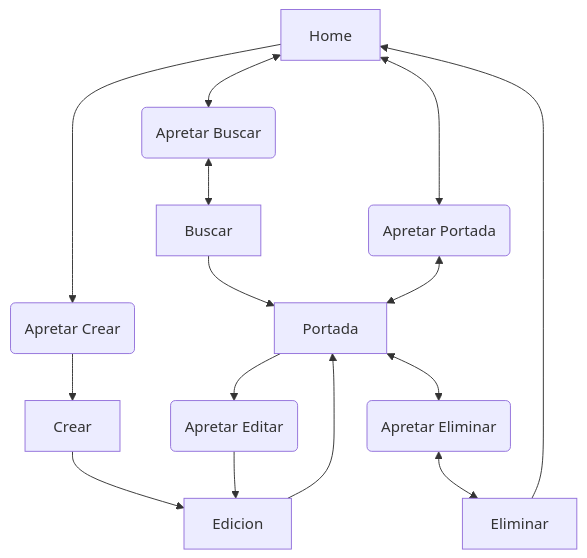
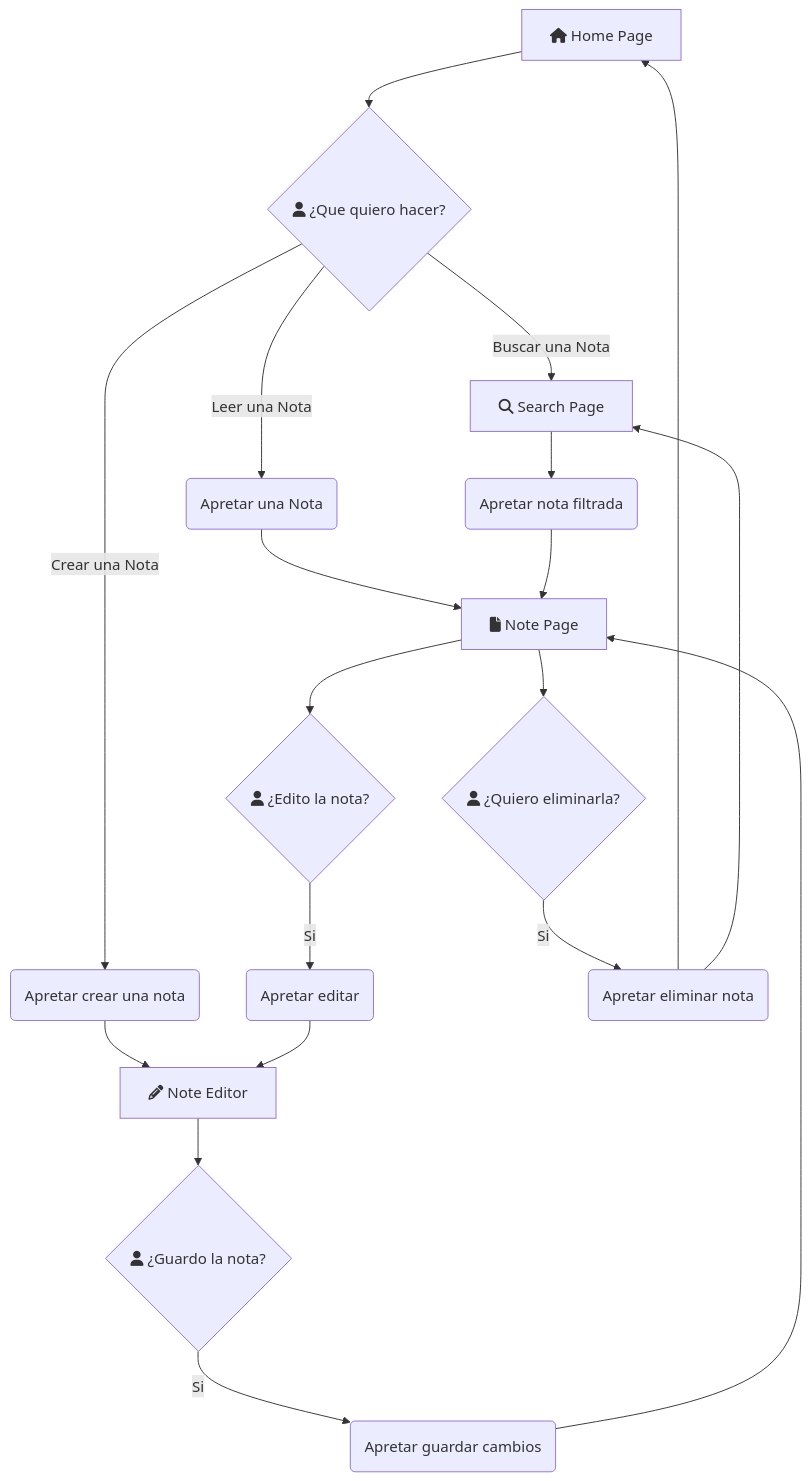
Before and after one commit to Kiivu1/DoodleNote: the diagram in README.md, drawn with Mermaid. The commit also changed other lines of this file and 83 other files, not shown here.

````diff
--- a/README.md
+++ b/README.md
@@ -24,26 +28,24 @@
 ```mermaid
 flowchart TD
-    Home[Home]
-    Page[Portada]
-    Edit[Edicion]
-    Create[Crear]
-    Search[Buscar]
-    Delete[Eliminar]
+    Home[fa:fa-home Home Page]
+    NotePage[fa:fa-file Note Page]
+    NoteEditor[fa:fa-pencil Note Editor]
+    SearchPage[fa:fa-search Search Page]
 
-    P(Apretar Portada)
-    E(Apretar Editar)
-    C(Apretar Crear)
-    S(Apretar Buscar)
-    D(Apretar Eliminar)
+    Act{fa:fa-user ¿Que quiero hacer?}
+    Act2{fa:fa-user ¿Quiero eliminarla?}
+    Act3{fa:fa-user ¿Guardo la nota?}
+    Act4{fa:fa-user ¿Edito la nota?}
 
-    Home <--> S <--> Search
-    Search --> Page
-    Home --> C --> Create
-    Create --> Edit
-    Home <--> P <--> Page
-    Page --> E --> Edit
-    Page <--> D <--> Delete
-    Delete --> Home
+    Home --> Act
+    Act --> |Buscar una Nota| SearchPage
+    Act --> |Leer una Nota| Y(Apretar una Nota) --> NotePage
+    Act --> |Crear una Nota| R(Apretar crear una nota) --> NoteEditor
 
-    Edit --> Page
+    SearchPage --> U(Apretar nota filtrada) --> NotePage
+    NotePage --> Act4 --> |Si| I(Apretar editar) -->NoteEditor
+    NoteEditor --> Act3
+    Act3 --> |Si| Q(Apretar guardar cambios) --> NotePage
+
+    NotePage --> Act2 --> |Si| D(Apretar eliminar nota) --> Home & SearchPage
 ```
````
